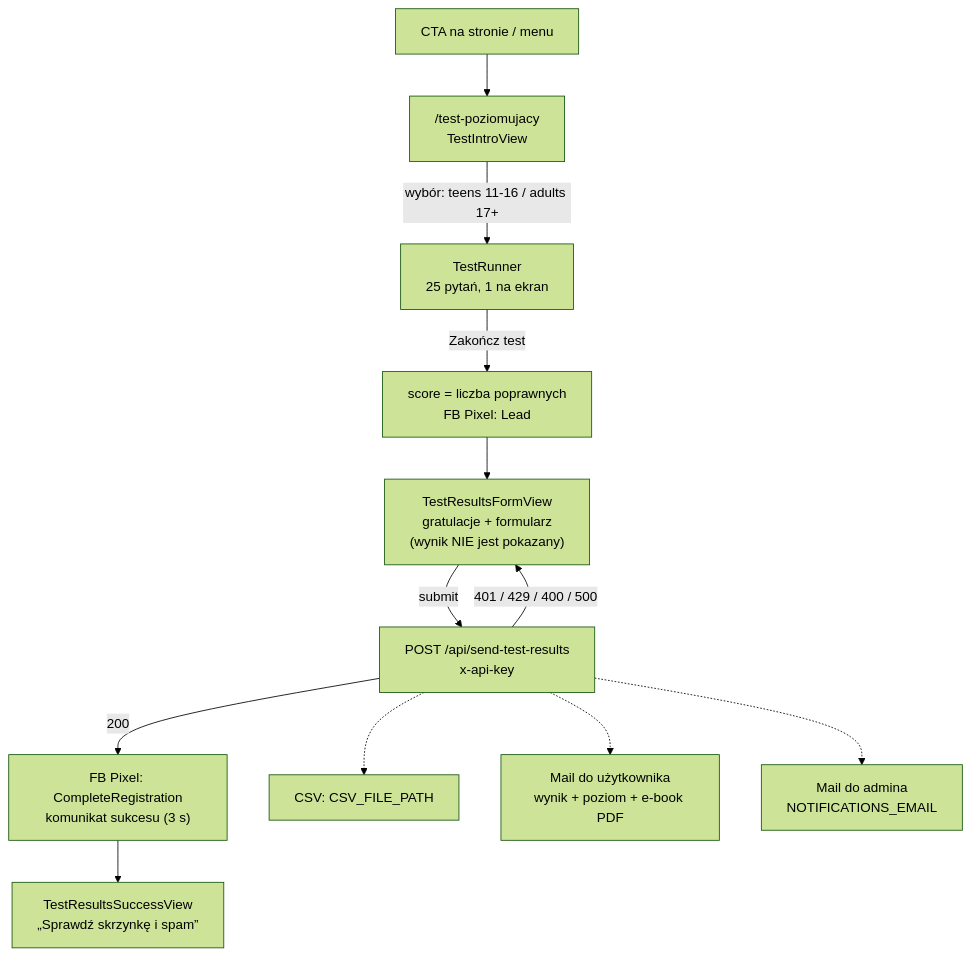
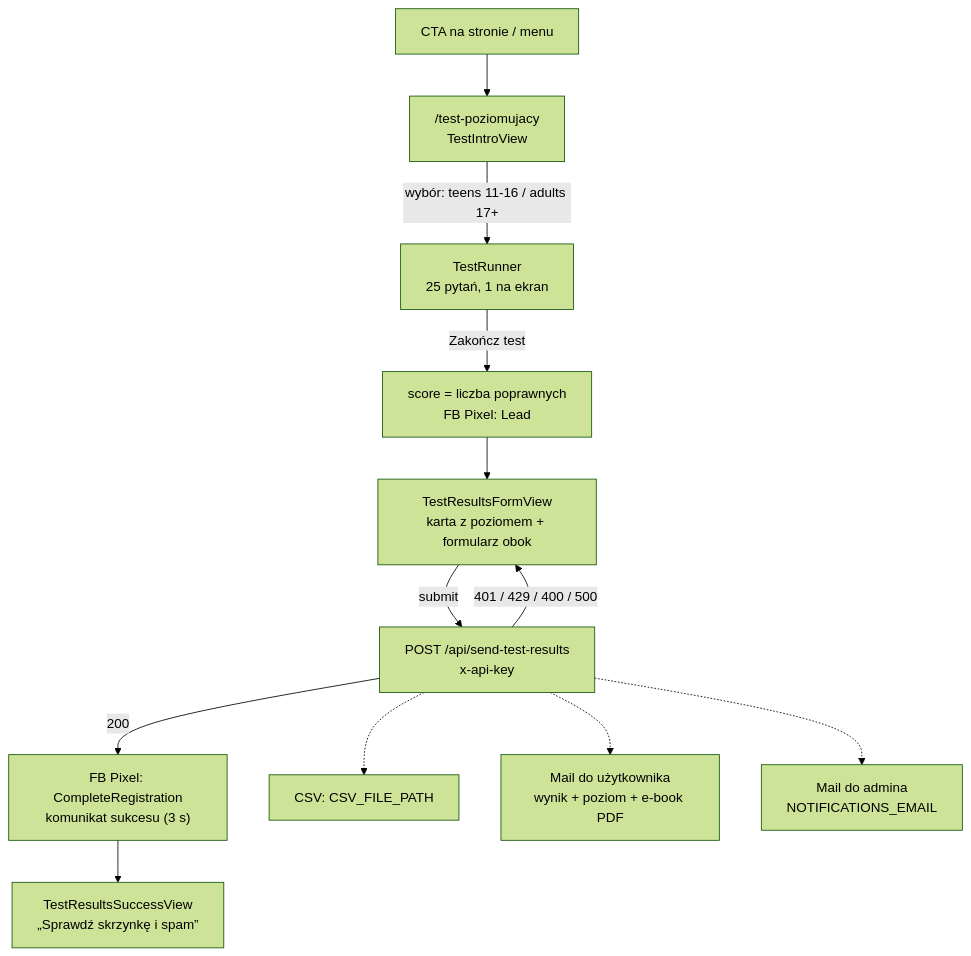
The diagram in docs/start.md (rudi23/rozmowni), drawn with Mermaid (forest theme) before and after one commit. The commit also changed other lines of this file and 9 other files, not shown here.

````diff
--- a/docs/start.md
+++ b/docs/start.md
@@ -195,14 +195,14 @@
 ```mermaid
 flowchart TD
     A[CTA na stronie / menu] --> B["/test-poziomujacy<br/>TestIntroView"]
     B -->|wybór: teens 11-16 / adults 17+| C["TestRunner<br/>25 pytań, 1 na ekran"]
     C -->|Zakończ test| D["score = liczba poprawnych<br/>FB Pixel: Lead"]
-    D --> E["TestResultsFormView<br/>gratulacje + formularz<br/>(wynik NIE jest pokazany)"]
+    D --> E["TestResultsFormView<br/>karta z poziomem + formularz obok"]
     E -->|submit| F["POST /api/send-test-results<br/>x-api-key"]
     F -->|401 / 429 / 400 / 500| E
     F -->|200| G["FB Pixel: CompleteRegistration<br/>komunikat sukcesu (3 s)"]
     G --> H["TestResultsSuccessView<br/>„Sprawdź skrzynkę i spam”"]
     F -.-> I[CSV: CSV_FILE_PATH]
     F -.-> J["Mail do użytkownika<br/>wynik + poziom + e-book PDF"]
     F -.-> K["Mail do admina<br/>NOTIFICATIONS_EMAIL"]
 ```
````
